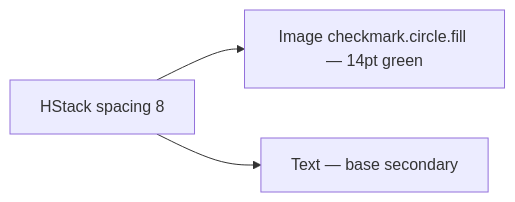
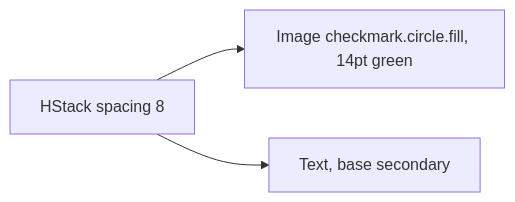
The diagram in design-system/components/success-feedback-row.md (MrDemonWolf/WolfWave), drawn with Mermaid before and after one commit. The commit also changed other lines of this file and 152 other files, not shown here.

````diff
--- a/design-system/components/success-feedback-row.md
+++ b/design-system/components/success-feedback-row.md
@@ -25,5 +25,5 @@
 ```mermaid
 graph LR
-  Row[HStack spacing 8] --> Icon[Image checkmark.circle.fill — 14pt green]
-  Row --> Label[Text — base secondary]
+  Row[HStack spacing 8] --> Icon[Image checkmark.circle.fill, 14pt green]
+  Row --> Label[Text, base secondary]
 ```
````
